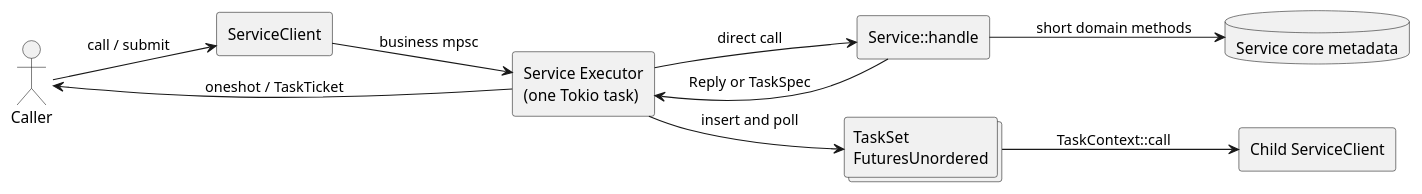
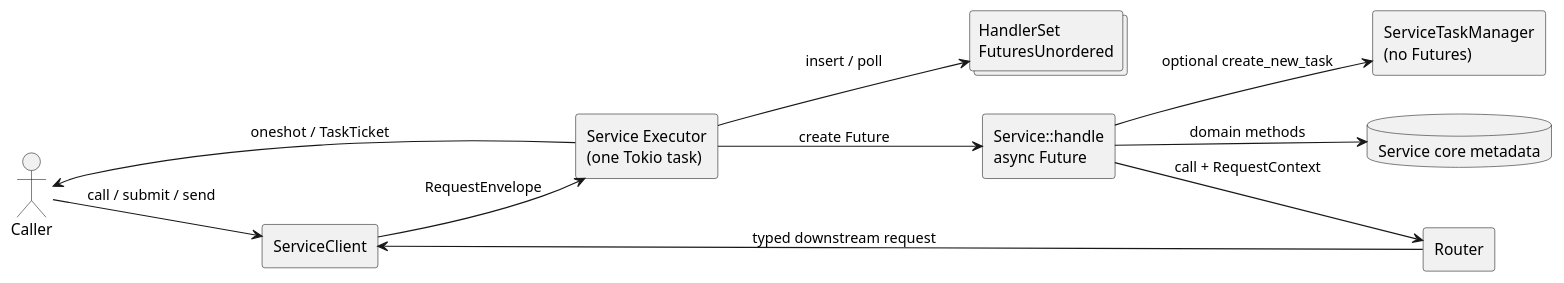
The diagram in docs/diagrams/runtime.puml (limushu/runtime), drawn with PlantUML before and after one commit. The commit also changed 33 other files, not shown here.

Commit message:
refactor: make handler futures the execution unit

```diff
--- a/docs/diagrams/runtime.puml
+++ b/docs/diagrams/runtime.puml
@@ -1,21 +1,23 @@
 @startuml
 left to right direction
 skinparam componentStyle rectangle
 
 actor Caller
 component ServiceClient
 component "Service Executor\n(one Tokio task)" as Executor
-component "Service::handle" as Handle
+collections "HandlerSet\nFuturesUnordered" as Handlers
+component "Service::handle\nasync Future" as Handle
 database "Service core metadata" as Metadata
-collections "TaskSet\nFuturesUnordered" as Tasks
-component "Child ServiceClient" as Child
+component "ServiceTaskManager\n(no Futures)" as Tasks
+component Router
 
-Caller --> ServiceClient : call / submit
-ServiceClient --> Executor : business mpsc
-Executor --> Handle : direct call
-Handle --> Metadata : short domain methods
-Handle --> Executor : Reply or TaskSpec
-Executor --> Tasks : insert and poll
-Tasks --> Child : TaskContext::call
+Caller --> ServiceClient : call / submit / send
+ServiceClient --> Executor : RequestEnvelope
+Executor --> Handle : create Future
+Executor --> Handlers : insert / poll
+Handle --> Metadata : domain methods
+Handle --> Tasks : optional create_new_task
+Handle --> Router : call + RequestContext
+Router --> ServiceClient : typed downstream request
 Executor --> Caller : oneshot / TaskTicket
 @enduml
```
